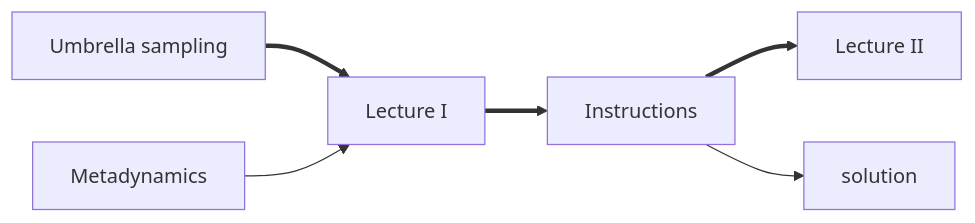
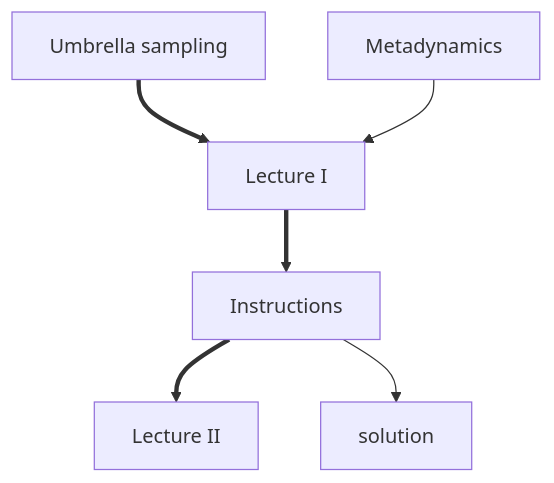
The diagram in NAVIGATION.md (plumed/masterclass-21-5), drawn with Mermaid before and after one commit.

````diff
--- a/NAVIGATION.md
+++ b/NAVIGATION.md
@@ -13,14 +13,14 @@
 ```mermaid
-flowchart LR;
+flowchart TB;
   A[Umbrella sampling] ==> C[Lecture I] 
   B[Metadynamics] --> C
   C ==> D[Instructions];
   D ==> E[Lecture II];
   D --> F[solution];
   click A "ref1" "This lesson introduces shows you how to run umbrella sampling calculations. During the exercises on replica exchange you rerun the umbrella sampling simulations from this earlier lesson with replica exchange. To get the most out of this exercise you should compare the result you obtain with the replica exchange here with the result you got from the earlier exercise without replica exchange";
   click B "ref2" "This lesson shows you how to run metadynamics simulations. In the exercise on running multiple replicas this method is used in tandem with replica exchange.";
   click C "video1" "A lecture that was given on March 15th 2021 as part of the plumed masterclass series that introduces you to the exercises in this lesson"
   click D "INSTRUCTIONS.md" "The instructions for the exercises";
   click E "video2" "A lecture that was given on March 22nd 2021 as part of the plumed masterclass series that goes through the solutions to the exercises in the lesson"
   click F "Solution.ipynb" "A python notebook that contains a full set of solutions to the exercises that are discussed in the masterclass.  This notebook is the one that was editted during the section video lecture of the masterclass"
 ```
````
